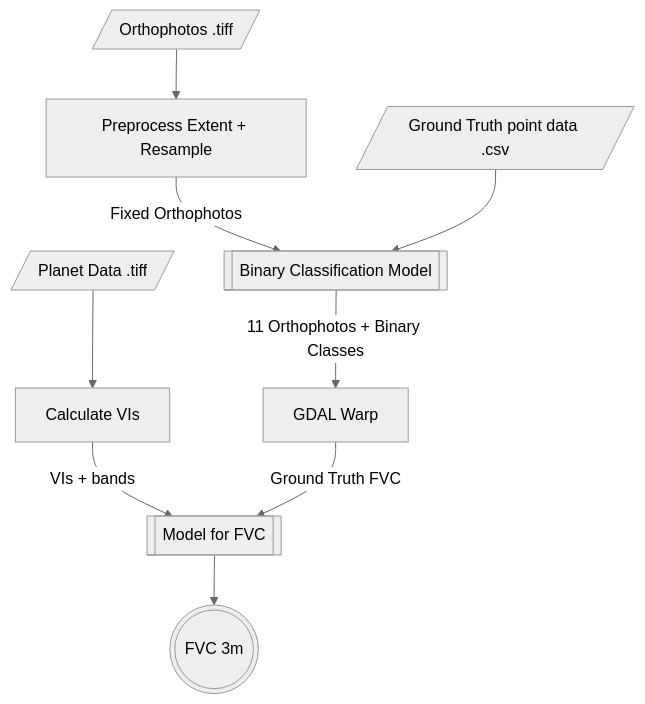
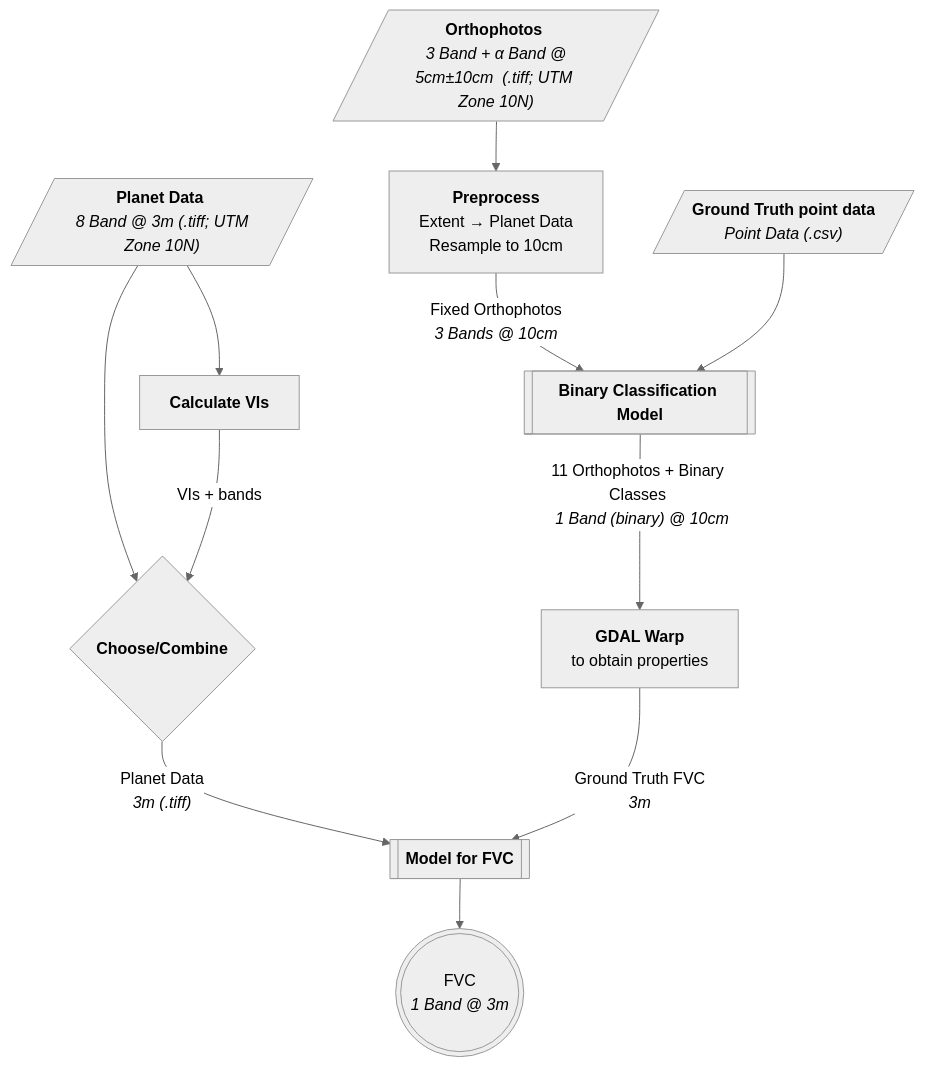
Before and after one commit to brittbarreto/FracVeg292: the diagram in README.md, drawn with Mermaid (neutral theme).

Commit message:
Update project overview diagram

````diff
--- a/README.md
+++ b/README.md
@@ -6,26 +6,29 @@
 ```mermaid
 flowchart TD
-    GT[/Ground Truth point data .csv/]
-    OP[/Orthophotos .tiff/]
-    PD[/Planet Data .tiff/]
+    GT[/"<b>Ground Truth point data</b> <br/> <i>Point Data (.csv)</i>"/]
+    OP[/"<b>Orthophotos</b> <br/> <i>3 Band + α Band @ 5cm±10cm  (.tiff; UTM Zone 10N)</i>"/]
+    PD[/"<b>Planet Data</b> <br/> <i>8 Band @ 3m (.tiff; UTM Zone 10N)</i>"/]
 
-    PPR[Preprocess Extent + Resample]
-    BNC[[Binary Classification Model]]
-    GDLW[GDAL Warp]
-    VIS[Calculate VIs]
-    MFVC[[Model for FVC]]
+    PPR["<b>Preprocess</b> <br/> Extent → Planet Data <br/> Resample to 10cm"]
+    BNC[[<b>Binary Classification Model</b>]]
+    GDLW[<b>GDAL Warp</b> <br/> to obtain properties]
+    VIS[<b>Calculate VIs</b>]
+    MFVC[[<b>Model for FVC</b>]]
+    CHOOSE{<b>Choose/Combine</b>}
 
-    FVC(((FVC 3m)))
+    FVC((("FVC <br> <i>1 Band @ 3m</i>")))
 
     PD -->VIS
-    VIS -->|VIs + bands|MFVC
+    PD -->CHOOSE
+    VIS -->|"VIs + bands"|CHOOSE
+    CHOOSE -->|"Planet Data <br/> <i>3m (.tiff)</i>"|MFVC
 
 
     OP -->PPR
-    PPR -->|Fixed Orthophotos|BNC
-    BNC -->|11 Orthophotos + Binary Classes|GDLW
-    GDLW -->|Ground Truth FVC|MFVC
+    PPR -->|"Fixed Orthophotos <br/> <i>3 Bands @ 10cm</i>"|BNC
+    BNC -->|"11 Orthophotos + Binary Classes <br> <i>1 Band (binary) @ 10cm</i> "|GDLW
+    GDLW -->|Ground Truth FVC <br/> <i>3m</i>|MFVC
     MFVC -->FVC
 
     GT -->BNC
 ```
````
